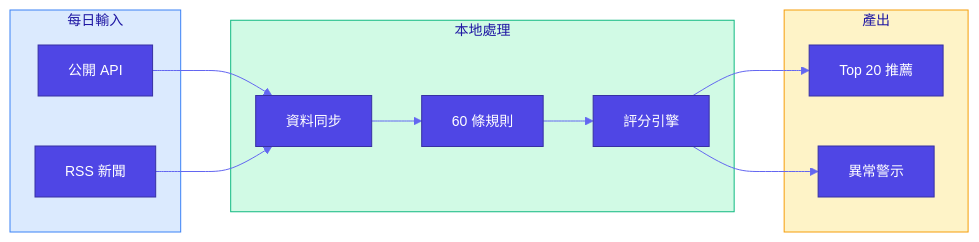
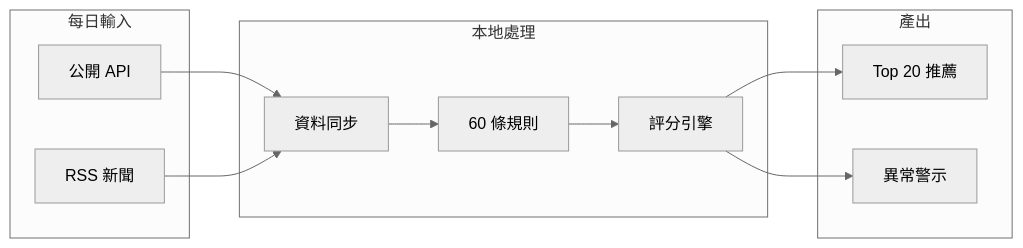
Before and after one commit to Neal75418/afterclose: the first of 4 diagrams in CLAUDE.md, drawn with Mermaid. The commit also changed other lines of this file and 1 other file, not shown here.

````diff
--- a/CLAUDE.md
+++ b/CLAUDE.md
@@ -11,28 +11,24 @@
 ```mermaid
-%%{init: {'theme': 'base', 'themeVariables': {'primaryColor': '#4F46E5', 'primaryTextColor': '#fff', 'primaryBorderColor': '#3730A3', 'lineColor': '#6366F1', 'fontSize': '14px'}}}%%
+%%{init: {'theme': 'neutral'}}%%
 flowchart LR
     subgraph Input["每日輸入"]
         API["公開 API"]
         RSS["RSS 新聞"]
     end
 
     subgraph Process["本地處理"]
         Sync["資料同步"]
         Rules["60 條規則"]
         Score["評分引擎"]
     end
 
     subgraph Output["產出"]
         Top20["Top 20 推薦"]
         Alert["異常警示"]
     end
 
     API --> Sync
     RSS --> Sync
     Sync --> Rules --> Score --> Top20
     Score --> Alert
-
-    style Input fill:#DBEAFE,stroke:#3B82F6
-    style Process fill:#D1FAE5,stroke:#10B981
-    style Output fill:#FEF3C7,stroke:#F59E0B
 ```
````
